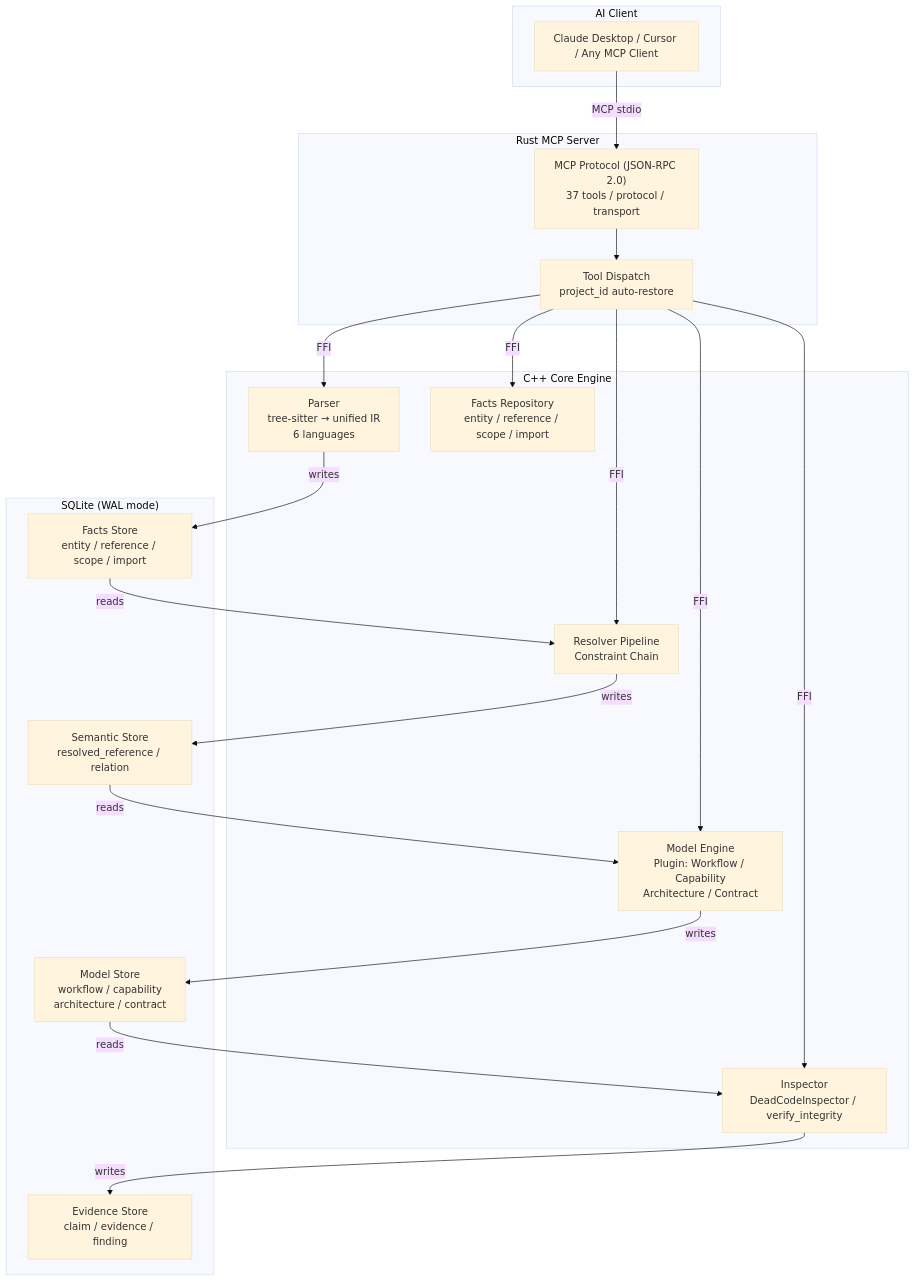
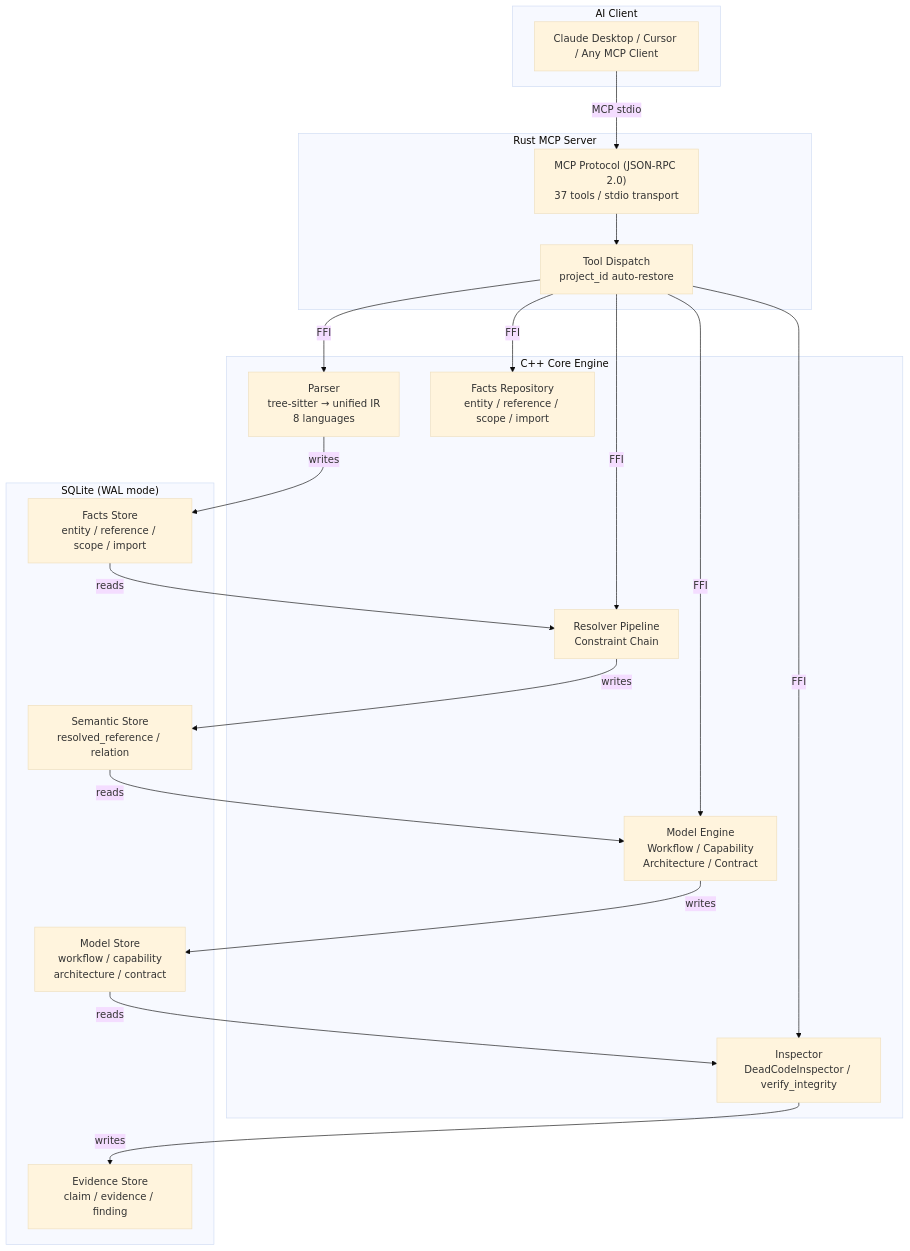
One commit to Timwood0x10/CodeScope changed the first of 3 diagrams in README.md. Above: the diagram before and after it, drawn with Mermaid (base theme). The commit also changed other lines of this file and 3 other files, not shown here.

````diff
--- a/README.md
+++ b/README.md
@@ -187,42 +49,42 @@
 ```mermaid
 graph TB
     subgraph "AI Client"
         Client["Claude Desktop / Cursor / Any MCP Client"]
     end
 
     subgraph "Rust MCP Server"
-        MCP["MCP Protocol (JSON-RPC 2.0)<br/>37 tools / protocol / transport"]
+        MCP["MCP Protocol (JSON-RPC 2.0)<br/>37 tools / stdio transport"]
         DISPATCH["Tool Dispatch<br/>project_id auto-restore"]
     end
 
     subgraph "C++ Core Engine"
-        PARSER["Parser<br/>tree-sitter → unified IR<br/>6 languages"]
+        PARSER["Parser<br/>tree-sitter → unified IR<br/>8 languages"]
         FACTS["Facts Repository<br/>entity / reference / scope / import"]
         RESOLVER["Resolver Pipeline<br/>Constraint Chain"]
-        MODEL["Model Engine<br/>Plugin: Workflow / Capability<br/>Architecture / Contract"]
+        MODEL["Model Engine<br/>Workflow / Capability<br/>Architecture / Contract"]
         INSPECTOR["Inspector<br/>DeadCodeInspector / verify_integrity"]
     end
 
     subgraph "SQLite (WAL mode)"
         F_STORE["Facts Store<br/>entity / reference / scope / import"]
         S_STORE["Semantic Store<br/>resolved_reference / relation"]
         M_STORE["Model Store<br/>workflow / capability<br/>architecture / contract"]
         E_STORE["Evidence Store<br/>claim / evidence / finding"]
     end
 
     Client -->|"MCP stdio"| MCP
     MCP --> DISPATCH
     DISPATCH -->|"FFI"| PARSER
     DISPATCH -->|"FFI"| FACTS
     DISPATCH -->|"FFI"| RESOLVER
     DISPATCH -->|"FFI"| MODEL
     DISPATCH -->|"FFI"| INSPECTOR
 
     PARSER -->|"writes"| F_STORE
     F_STORE -->|"reads"| RESOLVER
     RESOLVER -->|"writes"| S_STORE
     S_STORE -->|"reads"| MODEL
     MODEL -->|"writes"| M_STORE
     M_STORE -->|"reads"| INSPECTOR
     INSPECTOR -->|"writes"| E_STORE
 ```
````
